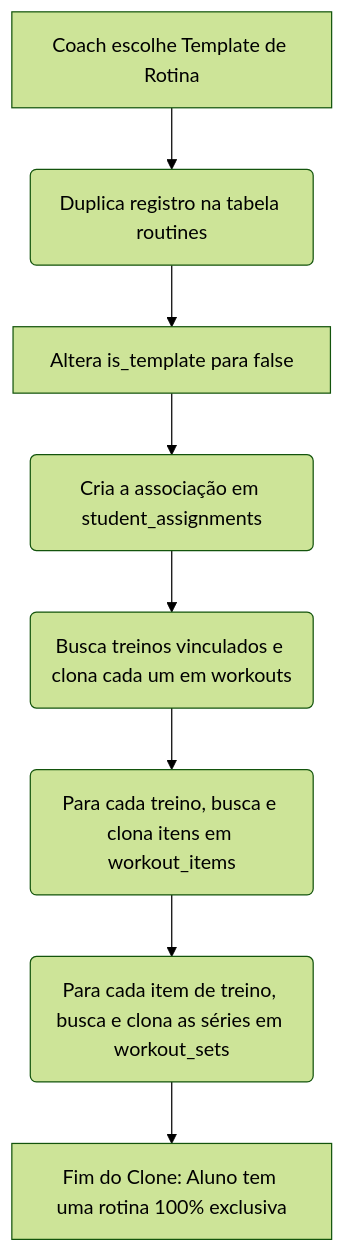
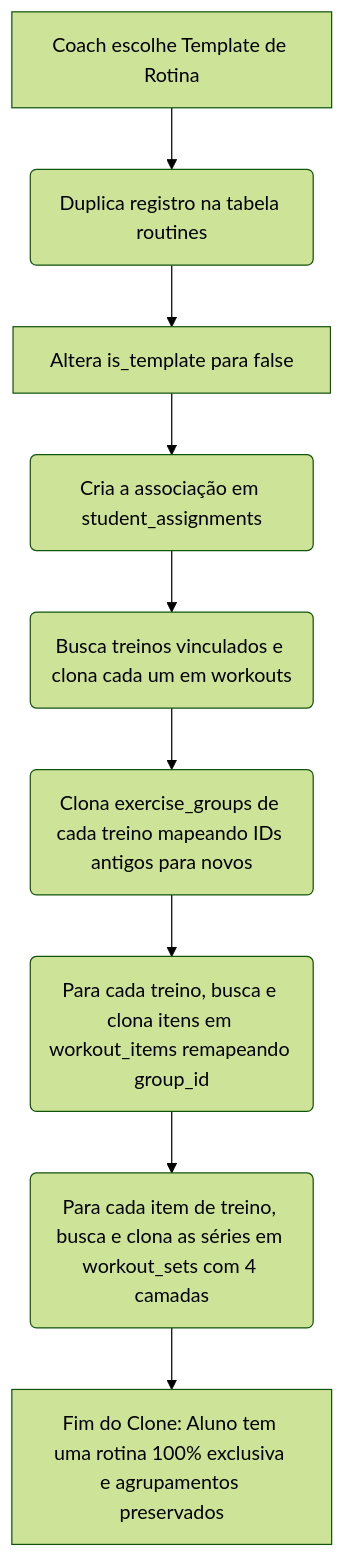
The second of 2 diagrams in db_workout_flow.md (GuhQuintino/fitcoach), drawn with Mermaid (forest theme) before and after one commit. The commit also changed other lines of this file and 36 other files, not shown here.

````diff
--- a/db_workout_flow.md
+++ b/db_workout_flow.md
@@ -83,10 +143,11 @@
 ```mermaid
 graph TD
     A[Coach escolhe Template de Rotina] --> B(Duplica registro na tabela routines)
     B --> C[Altera is_template para false]
     C --> D(Cria a associação em student_assignments)
     D --> E(Busca treinos vinculados e clona cada um em workouts)
-    E --> F(Para cada treino, busca e clona itens em workout_items)
-    F --> G(Para cada item de treino, busca e clona as séries em workout_sets)
-    G --> H[Fim do Clone: Aluno tem uma rotina 100% exclusiva]
+    E --> F(Clona exercise_groups de cada treino mapeando IDs antigos para novos)
+    F --> G(Para cada treino, busca e clona itens em workout_items remapeando group_id)
+    G --> H(Para cada item de treino, busca e clona as séries em workout_sets com 4 camadas)
+    H --> I[Fim do Clone: Aluno tem uma rotina 100% exclusiva e agrupamentos preservados]
 ```
````
